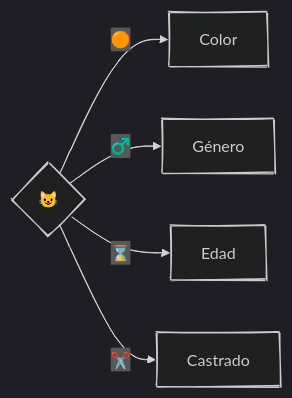
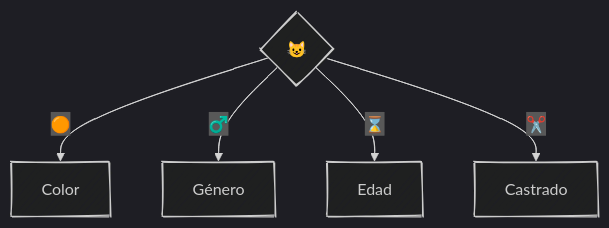
One commit to python-la-paz/python-study-group-oop changed the fourth of 11 diagrams in content/sesion02/Readme.md. Above: the diagram before and after it, drawn with Mermaid. The commit also changed other lines of this file and 1 other file, not shown here.

````diff
--- a/content/sesion02/Readme.md
+++ b/content/sesion02/Readme.md
@@ -83,8 +110,8 @@
 ```mermaid
 %%{init: {"theme": "dark", "look": "handDrawn" }}%%
-flowchart LR
+flowchart TD
     C{"😺"} -- 🟠 --> D["Color"]
     C -- ♂️ --> F["Género"]
     C -- ⌛️ --> G["Edad"]
     C -- ✂️ --> H["Castrado"]
 ```
````
